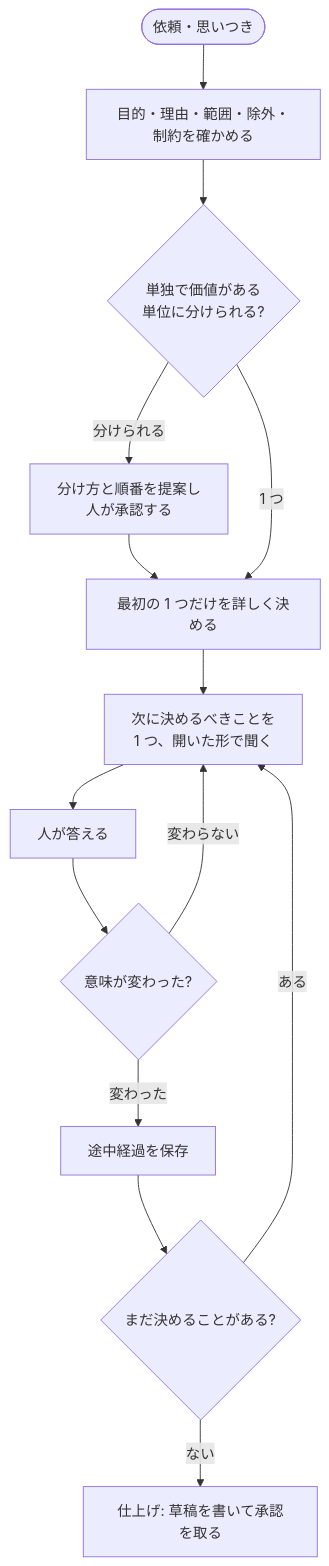
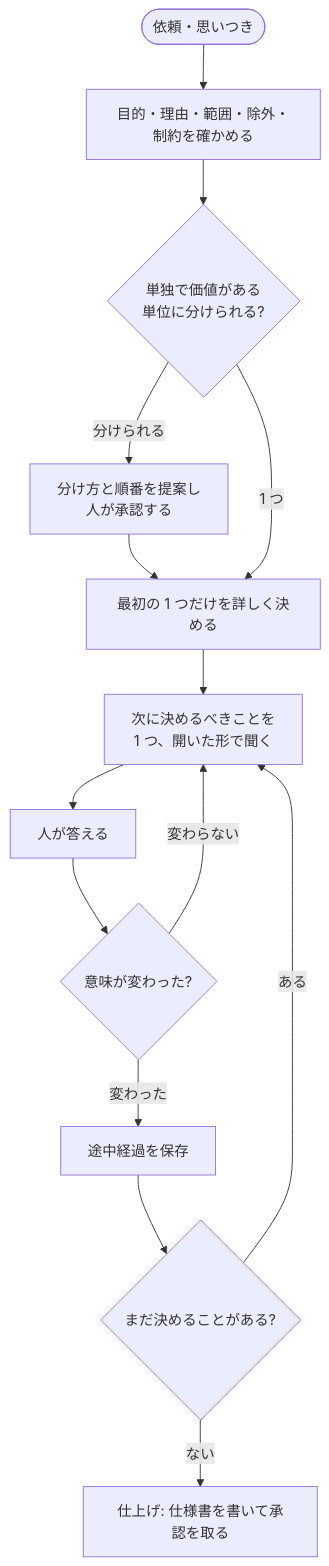
One commit to ba0918/agentic-workflow changed the diagram in docs/spec/brainstorm.md. Above: the diagram before and after it, drawn with Mermaid. The commit also changed other lines of this file and 6 other files, not shown here.

````diff
--- a/docs/spec/brainstorm.md
+++ b/docs/spec/brainstorm.md
@@ -38,16 +38,16 @@
 ```mermaid
 flowchart TD
     start([依頼・思いつき]) --> goal[目的・理由・範囲・除外・制約を確かめる]
     goal --> split{単独で価値がある<br>単位に分けられる?}
     split -- 分けられる --> map[分け方と順番を提案し<br>人が承認する]
     map --> detail[最初の 1 つだけを詳しく決める]
     split -- 1 つ --> detail
     detail --> q[次に決めるべきことを<br>1 つ、開いた形で聞く]
     q --> ans[人が答える]
     ans --> change{意味が変わった?}
     change -- 変わった --> save[途中経過を保存]
     change -- 変わらない --> q
     save --> more{まだ決めることがある?}
     more -- ある --> q
-    more -- ない --> wrap[仕上げ: 草稿を書いて承認を取る]
+    more -- ない --> wrap[仕上げ: 仕様書を書いて承認を取る]
 ```
````
